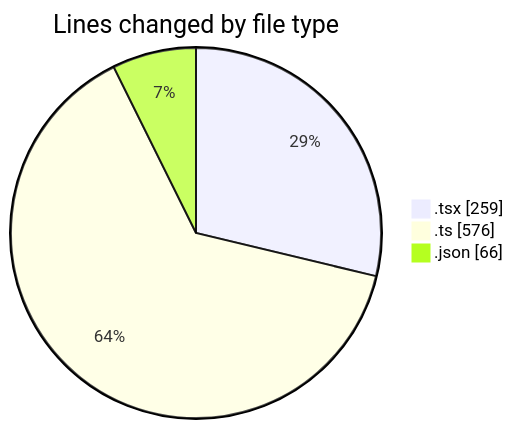
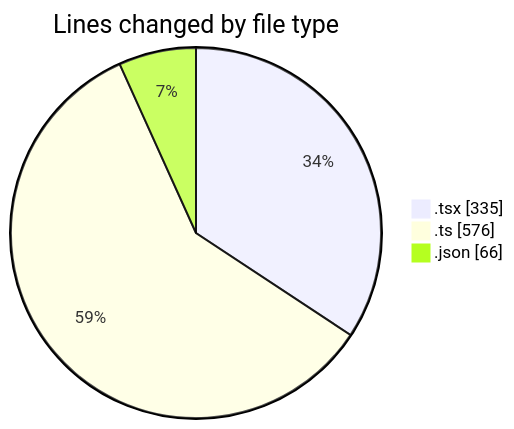
Before and after one commit to momahboobian/code-tracking: the first of 2 diagrams in 2026-03-27/cda/README.md, drawn with Mermaid. The commit also changed other lines of this file and 1 other file, not shown here.

````diff
--- a/2026-03-27/cda/README.md
+++ b/2026-03-27/cda/README.md
@@ -23,7 +24,7 @@
 ```mermaid
 pie showData
 title Lines changed by file type
-".tsx" : 259
+".tsx" : 335
 ".ts" : 576
 ".json" : 66
 ```
````
